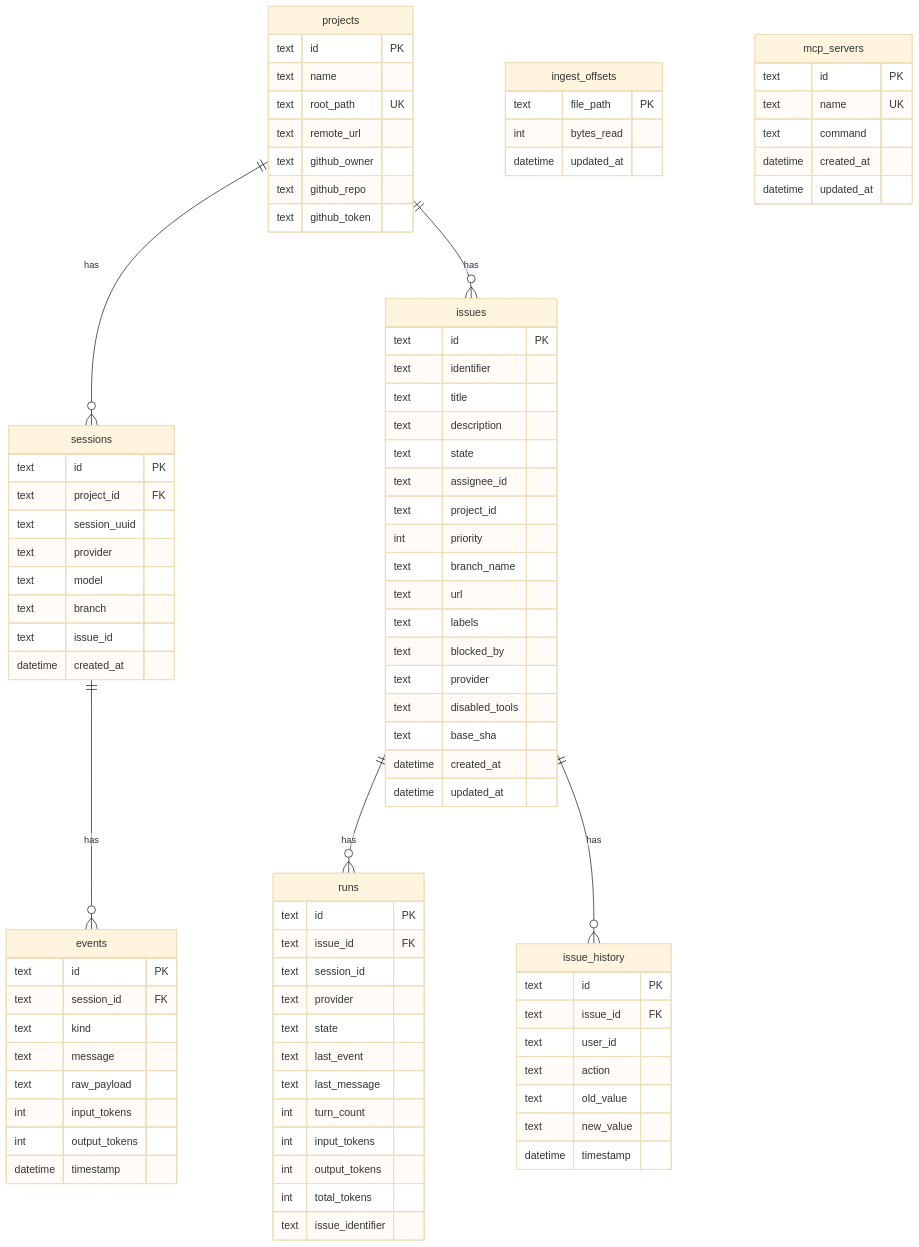
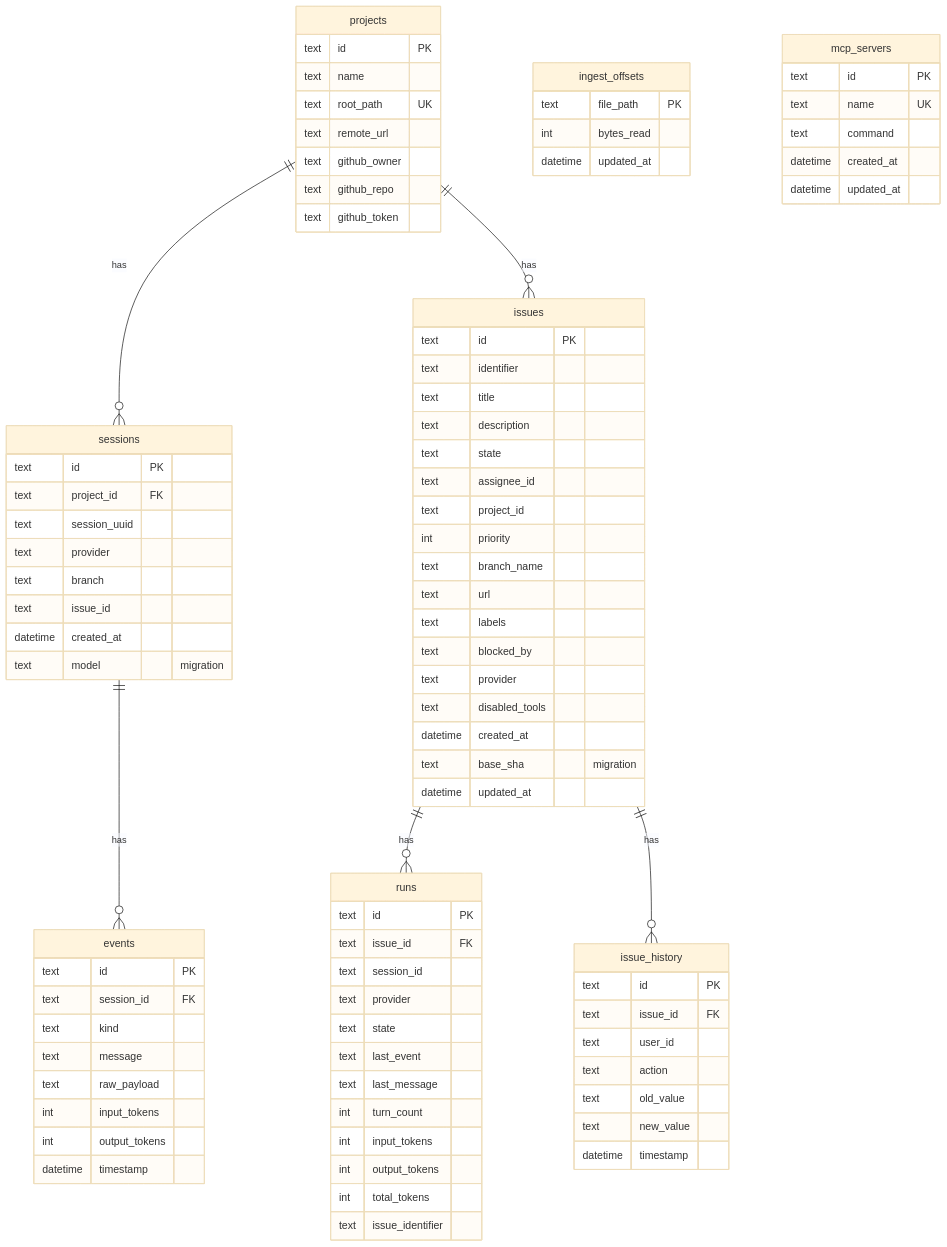
Before and after one commit to bradAGI/Orchestra: the first of 3 diagrams in docs/backend/database.md, drawn with Mermaid (base theme). The commit also changed 5 other files, not shown here.

```diff
--- a/docs/backend/database.md
+++ b/docs/backend/database.md
@@ -58,10 +58,10 @@
         text project_id FK
         text session_uuid
         text provider
-        text model
         text branch
         text issue_id
         datetime created_at
+        text model "migration"
     }
 
     events {
@@ -90,8 +90,8 @@
         text blocked_by
         text provider
         text disabled_tools
-        text base_sha
         datetime created_at
+        text base_sha "migration"
         datetime updated_at
     }
 
```
